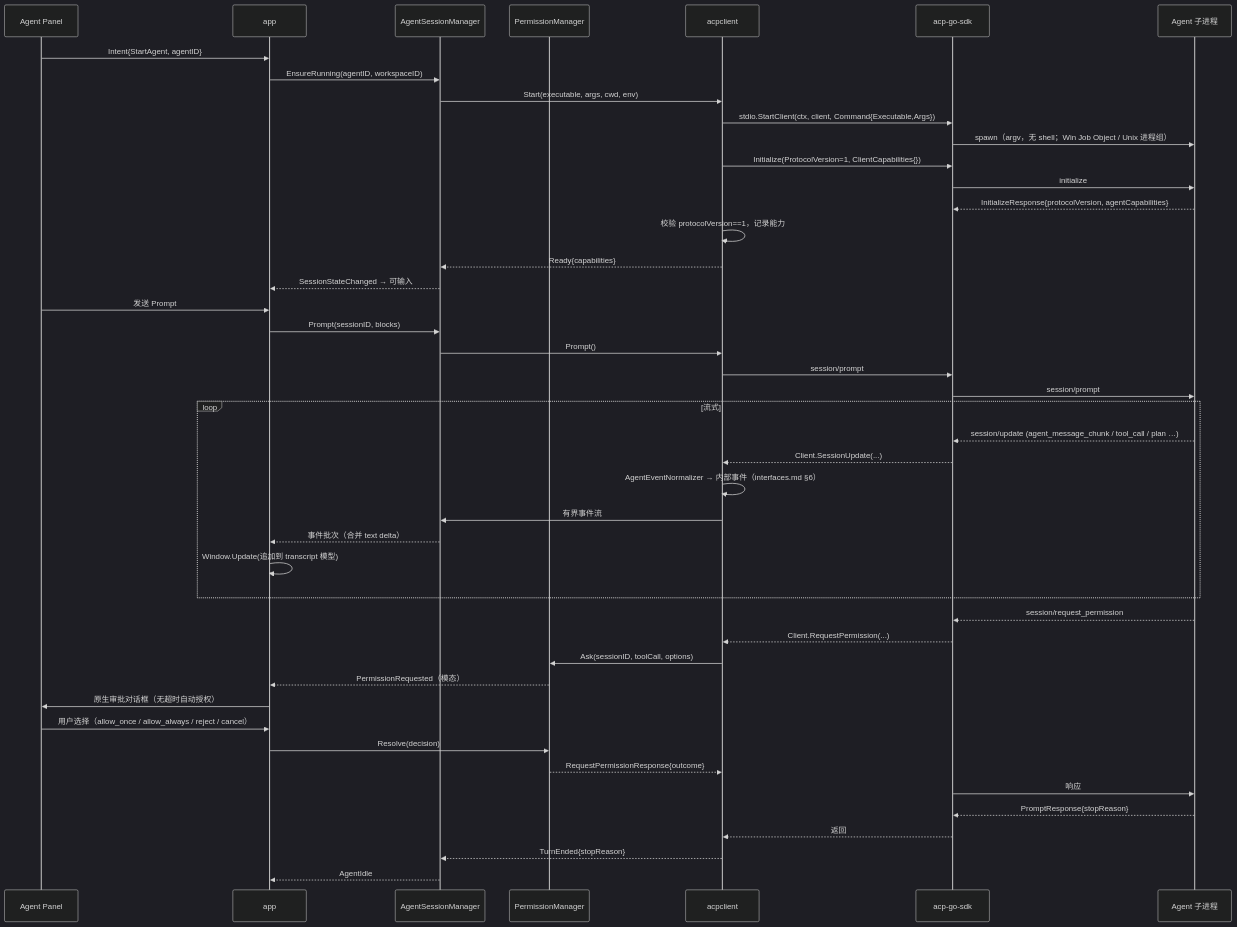
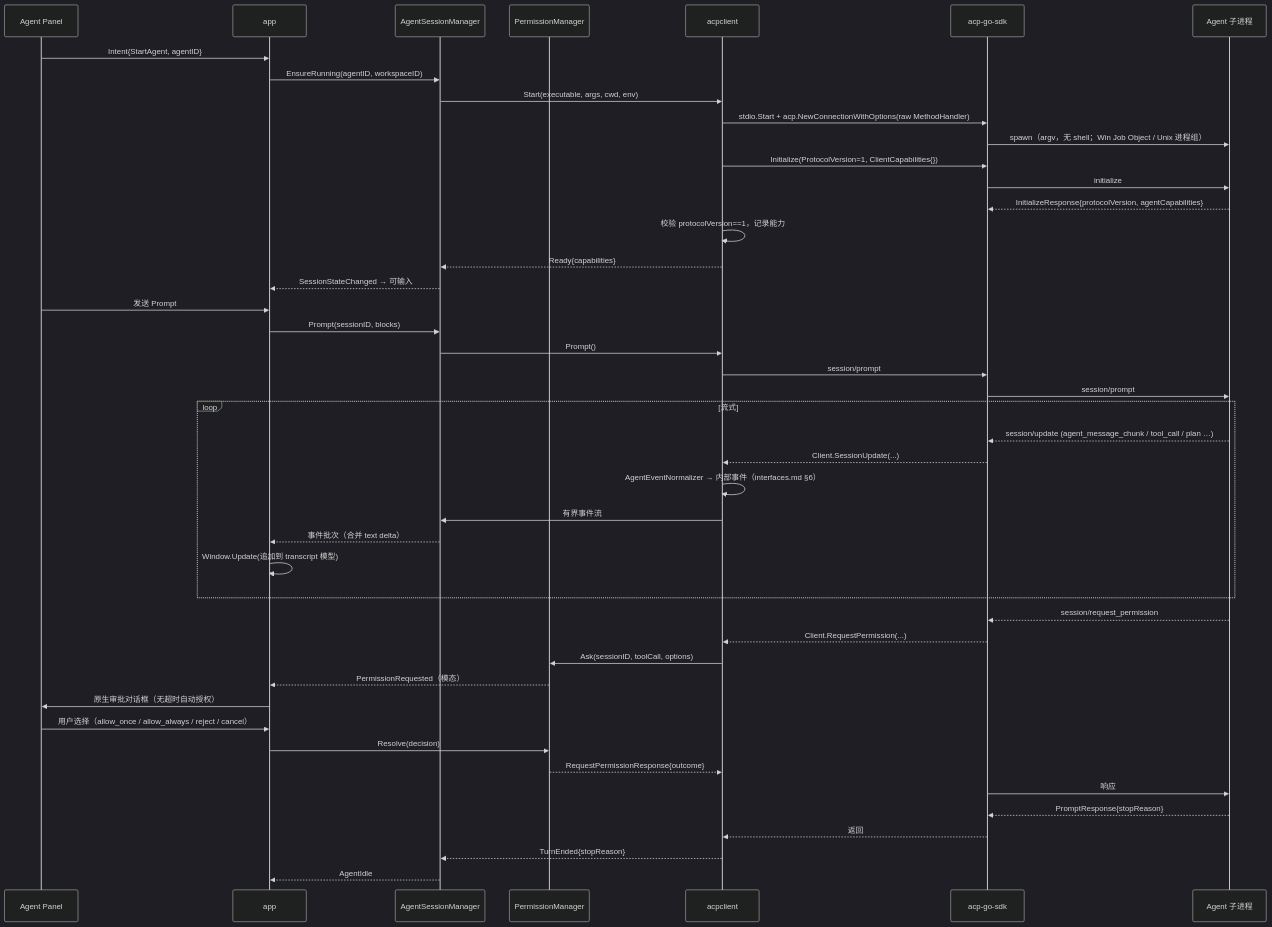
The fourth of 5 diagrams in docs/architecture.md (QinYangWang/omo), drawn with Mermaid (dark theme) before and after one commit. The commit also changed other lines of this file and 37 other files, not shown here.

````diff
--- a/docs/architecture.md
+++ b/docs/architecture.md
@@ -162,49 +162,49 @@
 ```mermaid
 sequenceDiagram
   participant UI as Agent Panel
   participant APP as app
   participant SM as AgentSessionManager
   participant PM as PermissionManager
   participant PC as acpclient
   participant SDK as acp-go-sdk
   participant AG as Agent 子进程
 
   UI->>APP: Intent{StartAgent, agentID}
   APP->>SM: EnsureRunning(agentID, workspaceID)
   SM->>PC: Start(executable, args, cwd, env)
-  PC->>SDK: stdio.StartClient(ctx, client, Command{Executable,Args})
+  PC->>SDK: stdio.Start + acp.NewConnectionWithOptions(raw MethodHandler)
   SDK->>AG: spawn（argv，无 shell；Win Job Object / Unix 进程组）
   PC->>SDK: Initialize(ProtocolVersion=1, ClientCapabilities{})
   SDK->>AG: initialize
   AG-->>SDK: InitializeResponse{protocolVersion, agentCapabilities}
   PC->>PC: 校验 protocolVersion==1，记录能力
   PC-->>SM: Ready{capabilities}
   SM-->>APP: SessionStateChanged → 可输入
 
   UI->>APP: 发送 Prompt
   APP->>SM: Prompt(sessionID, blocks)
   SM->>PC: Prompt()
   PC->>SDK: session/prompt
   SDK->>AG: session/prompt
   loop 流式
     AG-->>SDK: session/update (agent_message_chunk / tool_call / plan …)
     SDK-->>PC: Client.SessionUpdate(...)
     PC->>PC: AgentEventNormalizer → 内部事件（interfaces.md §6）
     PC->>SM: 有界事件流
     SM-->>APP: 事件批次（合并 text delta）
     APP->>APP: Window.Update(追加到 transcript 模型)
   end
   AG-->>SDK: session/request_permission
   SDK-->>PC: Client.RequestPermission(...)
   PC->>PM: Ask(sessionID, toolCall, options)
   PM-->>APP: PermissionRequested（模态）
   APP->>UI: 原生审批对话框（无超时自动授权）
   UI->>APP: 用户选择（allow_once / allow_always / reject / cancel）
   APP->>PM: Resolve(decision)
   PM-->>PC: RequestPermissionResponse{outcome}
   SDK->>AG: 响应
   AG-->>SDK: PromptResponse{stopReason}
   SDK-->>PC: 返回
   PC-->>SM: TurnEnded{stopReason}
   SM-->>APP: AgentIdle
 ```
````
